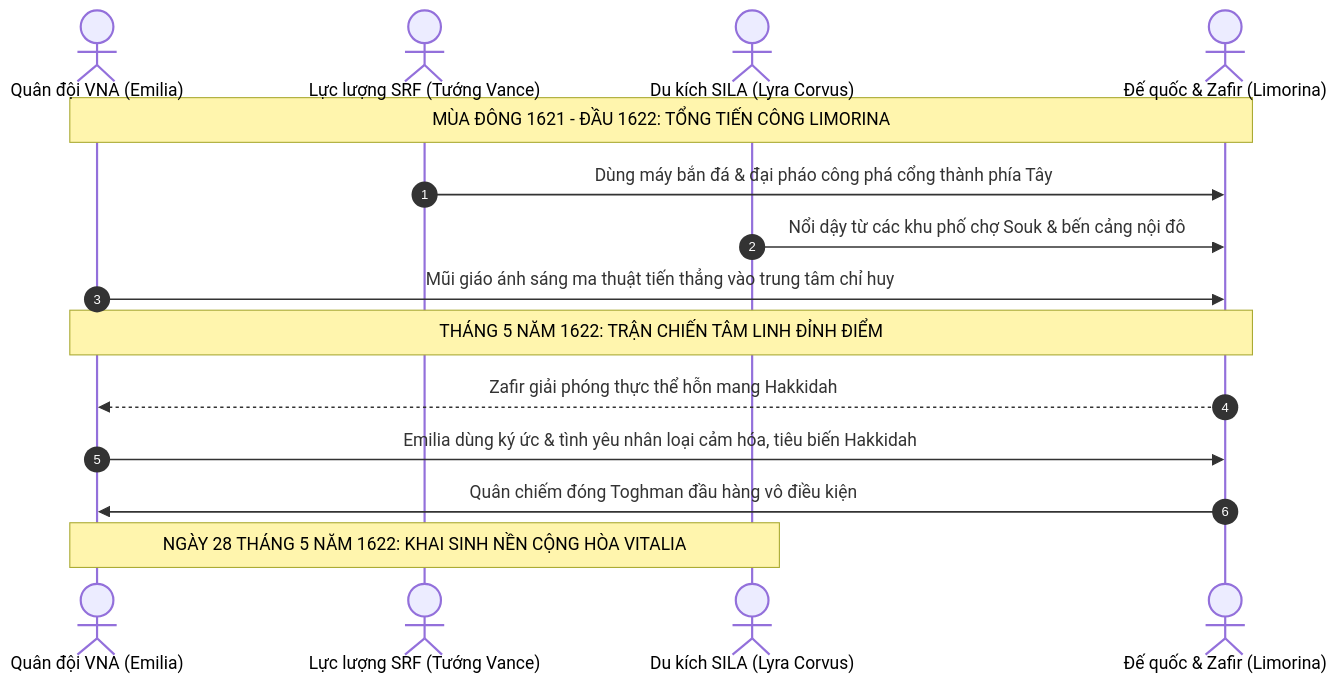
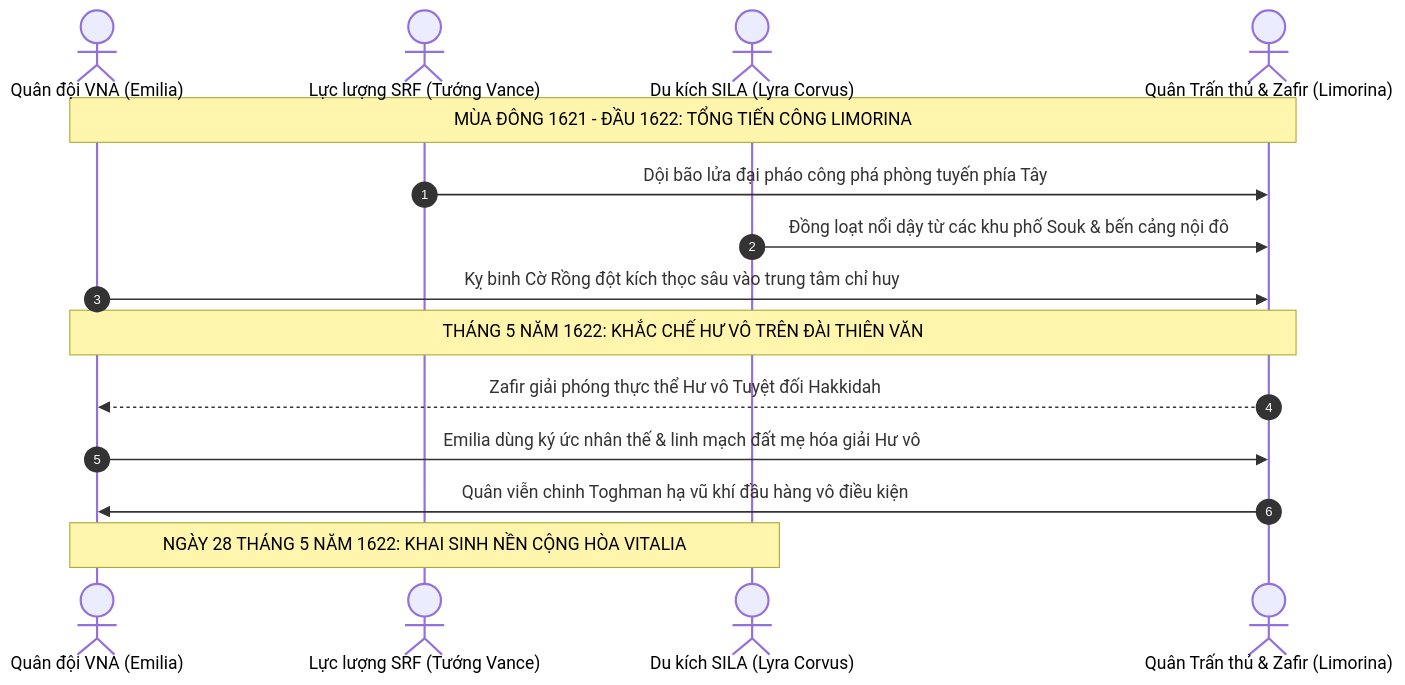
The second of 2 diagrams in docs/historical_backgrounds/vitalia/04-great-restoration-and-republic.md (justlimorina/vitalian-language), drawn with Mermaid before and after one commit. The commit also changed other lines of this file and 4 other files, not shown here.

````diff
--- a/docs/historical_backgrounds/vitalia/04-great-restoration-and-republic.md
+++ b/docs/historical_backgrounds/vitalia/04-great-restoration-and-republic.md
@@ -179,18 +182,18 @@
 ```mermaid
 sequenceDiagram
     autonumber
     actor VNA as Quân đội VNA (Emilia)
     actor SRF as Lực lượng SRF (Tướng Vance)
     actor SILA as Du kích SILA (Lyra Corvus)
-    actor Enemy as Đế quốc & Zafir (Limorina)
+    actor Enemy as Quân Trấn thủ & Zafir (Limorina)
 
     Note over VNA,Enemy: MÙA ĐÔNG 1621 - ĐẦU 1622: TỔNG TIẾN CÔNG LIMORINA
-    SRF->>Enemy: Dùng máy bắn đá & đại pháo công phá cổng thành phía Tây
-    SILA->>Enemy: Nổi dậy từ các khu phố chợ Souk & bến cảng nội đô
-    VNA->>Enemy: Mũi giáo ánh sáng ma thuật tiến thẳng vào trung tâm chỉ huy
-    Note over VNA,Enemy: THÁNG 5 NĂM 1622: TRẬN CHIẾN TÂM LINH ĐỈNH ĐIỂM
-    Enemy-->>VNA: Zafir giải phóng thực thể hỗn mang Hakkidah
-    VNA->>Enemy: Emilia dùng ký ức & tình yêu nhân loại cảm hóa, tiêu biến Hakkidah
-    Enemy->>VNA: Quân chiếm đóng Toghman đầu hàng vô điều kiện
+    SRF->>Enemy: Dội bão lửa đại pháo công phá phòng tuyến phía Tây
+    SILA->>Enemy: Đồng loạt nổi dậy từ các khu phố Souk & bến cảng nội đô
+    VNA->>Enemy: Kỵ binh Cờ Rồng đột kích thọc sâu vào trung tâm chỉ huy
+    Note over VNA,Enemy: THÁNG 5 NĂM 1622: KHẮC CHẾ HƯ VÔ TRÊN ĐÀI THIÊN VĂN
+    Enemy-->>VNA: Zafir giải phóng thực thể Hư vô Tuyệt đối Hakkidah
+    VNA->>Enemy: Emilia dùng ký ức nhân thế & linh mạch đất mẹ hóa giải Hư vô
+    Enemy->>VNA: Quân viễn chinh Toghman hạ vũ khí đầu hàng vô điều kiện
     Note over VNA,SILA: NGÀY 28 THÁNG 5 NĂM 1622: KHAI SINH NỀN CỘNG HÒA VITALIA
 ```
````
